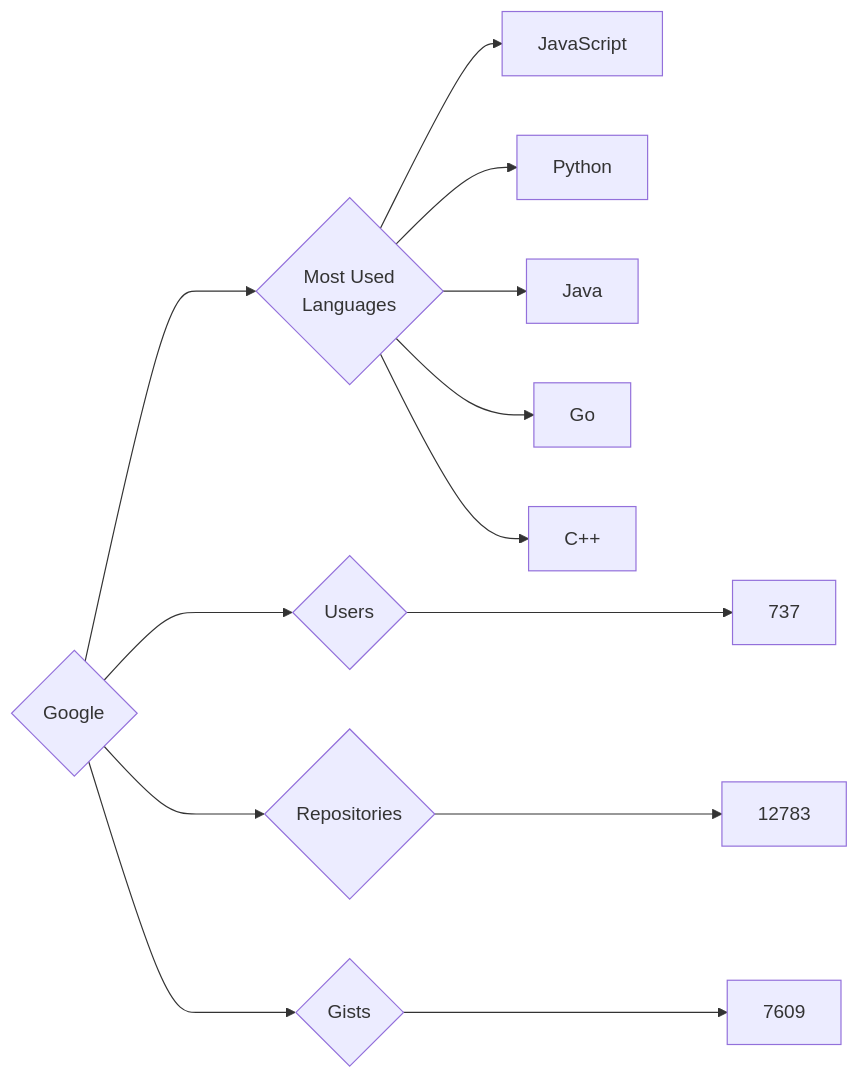
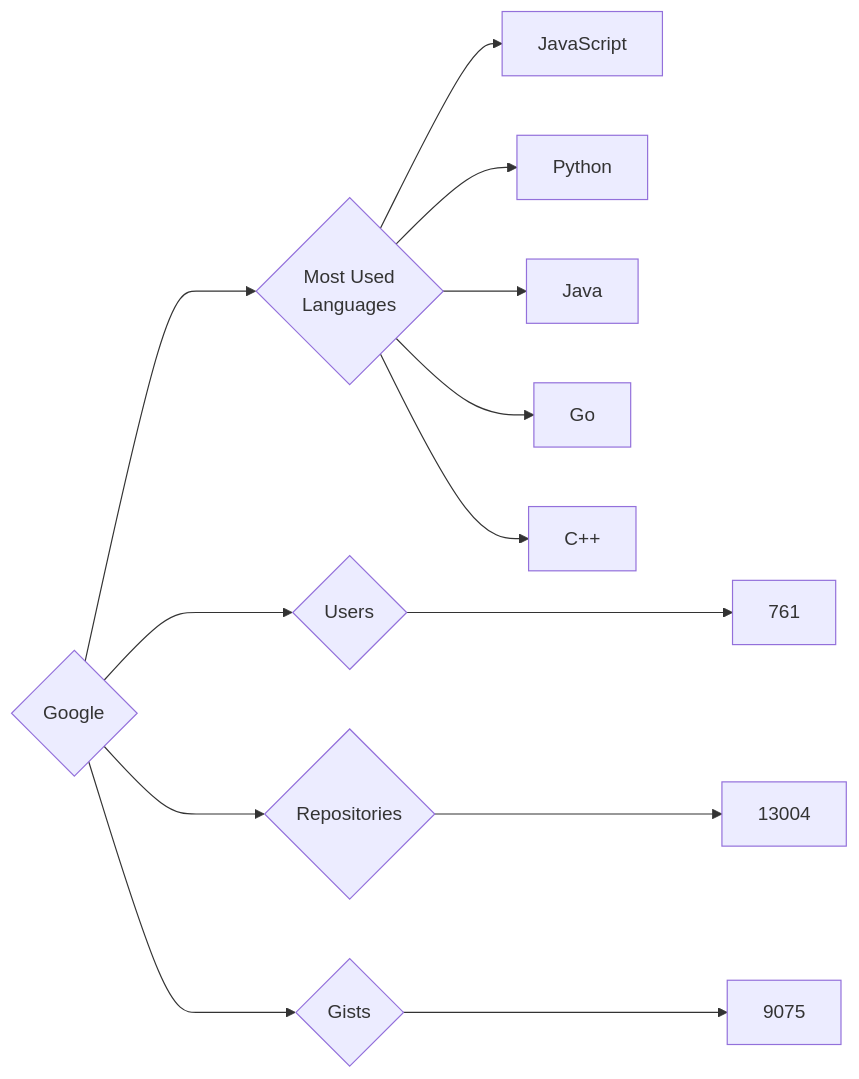
The diagram in targets/Google/README.md (trickest/insiders), drawn with Mermaid before and after one commit. The commit also changed 888 other files, not shown here.

````diff
--- a/targets/Google/README.md
+++ b/targets/Google/README.md
@@ -3,13 +3,13 @@
 ```mermaid
 graph LR
 COMPANY_NAME{Google}
-COMPANY_NAME ---> U{Users} ---> UN[737]
-COMPANY_NAME ---> R{Repositories} ---> RN[12783]
-COMPANY_NAME ---> G{Gists} ---> GN[7609]
+COMPANY_NAME ---> U{Users} ---> UN[761]
+COMPANY_NAME ---> R{Repositories} ---> RN[13004]
+COMPANY_NAME ---> G{Gists} ---> GN[9075]
 COMPANY_NAME ---> ML{Most Used<br>Languages}
 ML --> JavaScript[JavaScript]
 ML --> Python[Python]
 ML --> Java[Java]
 ML --> Go[Go]
 ML --> C++[C++]
 ```
````
